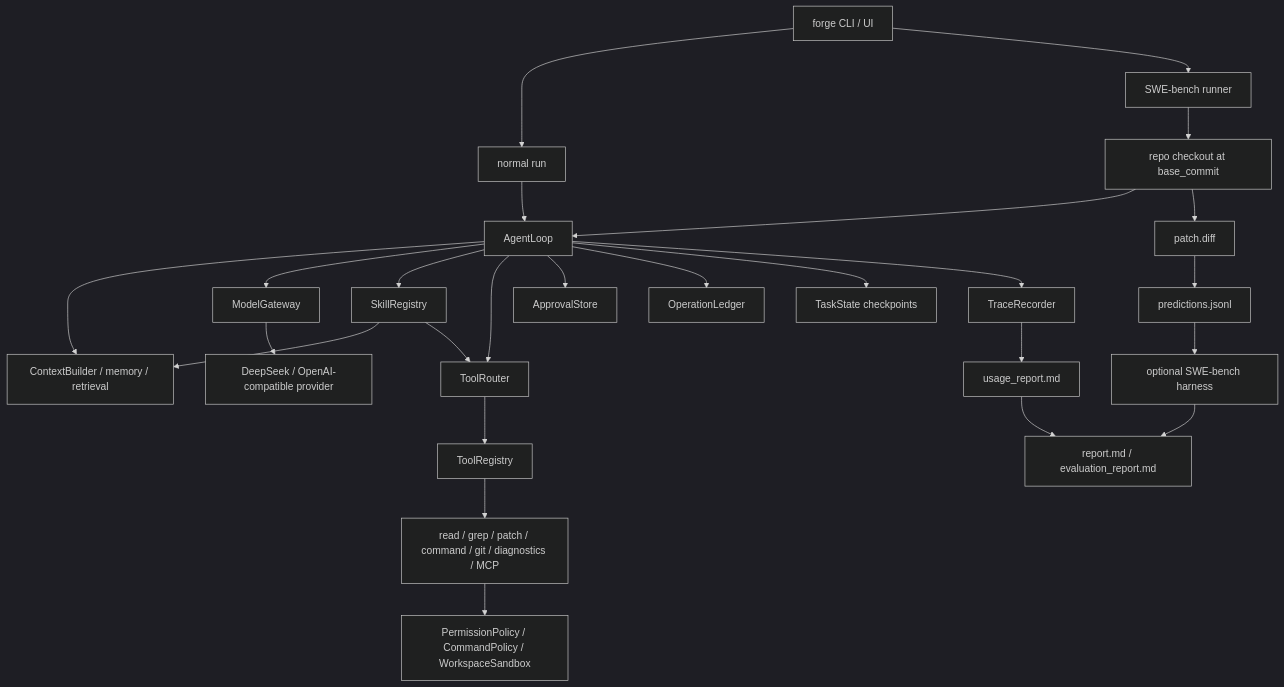
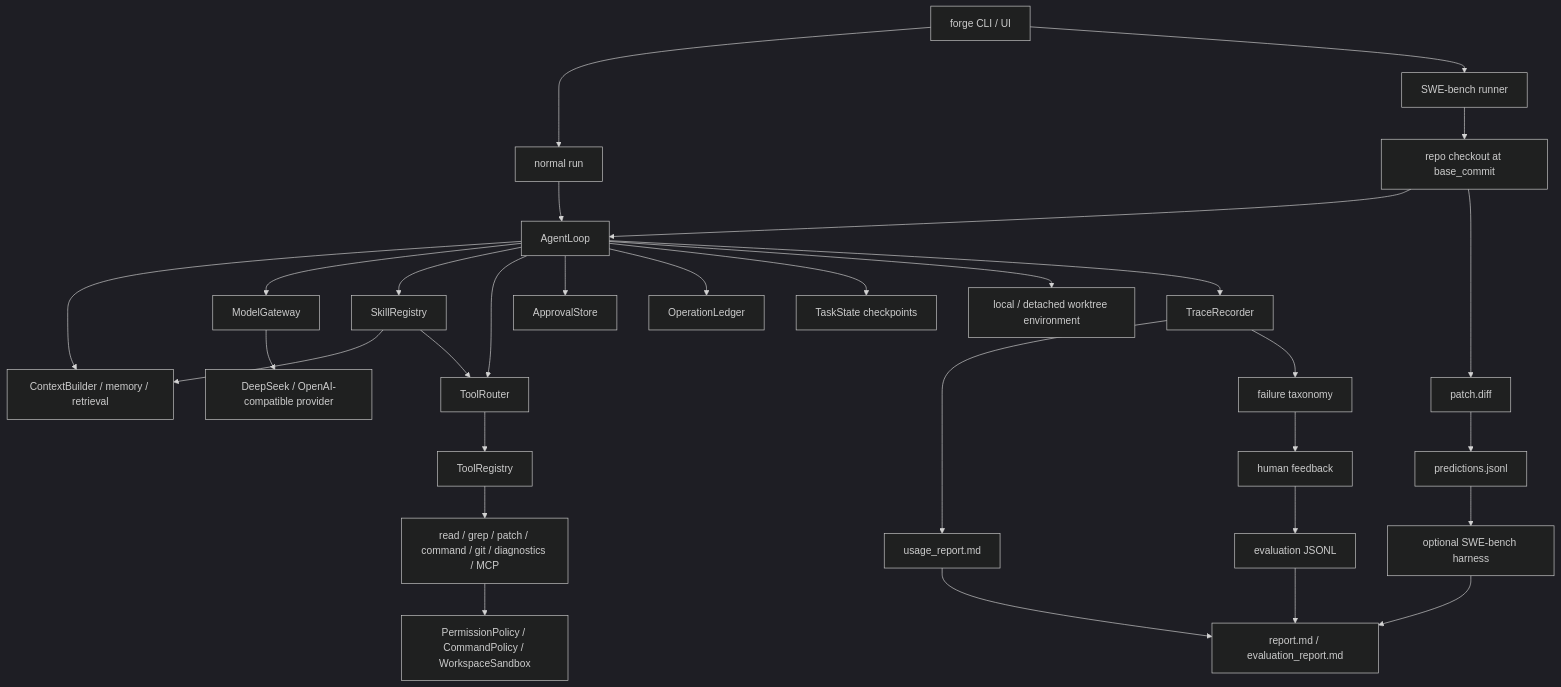
The diagram in README.md (semi-hollow/NanoHarness), drawn with Mermaid (dark theme) before and after one commit. The commit also changed other lines of this file and 28 other files, not shown here.

Commit message:
Release feedback-driven evaluation and isolated runs

````diff
--- a/README.md
+++ b/README.md
@@ -143,28 +171,33 @@
 ```mermaid
 flowchart TD
     CLI["forge CLI / UI"] --> Run["normal run"]
     CLI --> Bench["SWE-bench runner"]
     Bench --> Checkout["repo checkout at base_commit"]
     Run --> Loop["AgentLoop"]
     Checkout --> Loop
     Loop --> Context["ContextBuilder / memory / retrieval"]
     Loop --> Gateway["ModelGateway"]
     Gateway --> LLM["DeepSeek / OpenAI-compatible provider"]
     Loop --> Skills["SkillRegistry"]
     Loop --> Router["ToolRouter"]
     Skills --> Context
     Skills --> Router
     Router --> Registry["ToolRegistry"]
     Registry --> Tools["read / grep / patch / command / git / diagnostics / MCP"]
     Tools --> Safety["PermissionPolicy / CommandPolicy / WorkspaceSandbox"]
     Loop --> Approval["ApprovalStore"]
     Loop --> Ledger["OperationLedger"]
     Loop --> State["TaskState checkpoints"]
+    Loop --> Environment["local / detached worktree environment"]
     Loop --> Trace["TraceRecorder"]
     Trace --> Usage["usage_report.md"]
+    Trace --> Diagnosis["failure taxonomy"]
+    Diagnosis --> Feedback["human feedback"]
+    Feedback --> Dataset["evaluation JSONL"]
     Checkout --> Patch["patch.diff"]
     Patch --> Predictions["predictions.jsonl"]
     Predictions --> Official["optional SWE-bench harness"]
     Usage --> Report["report.md / evaluation_report.md"]
     Official --> Report
+    Dataset --> Report
 ```
````
